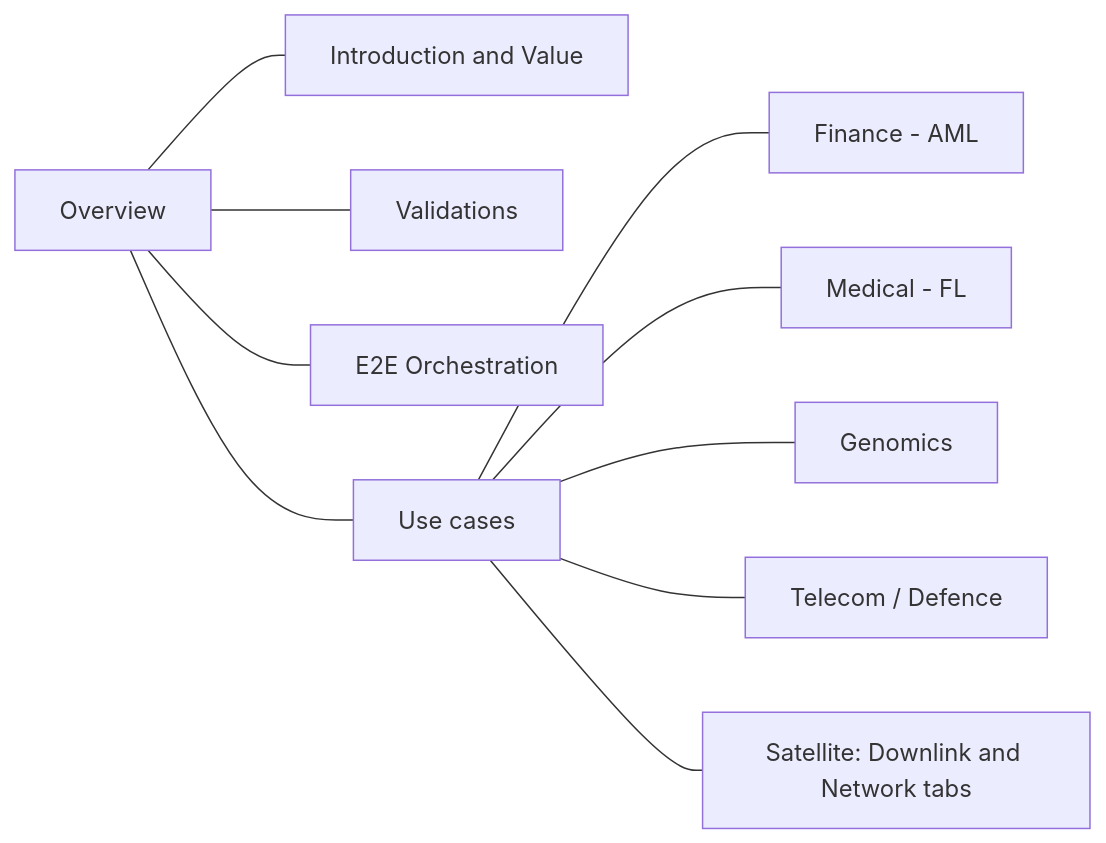
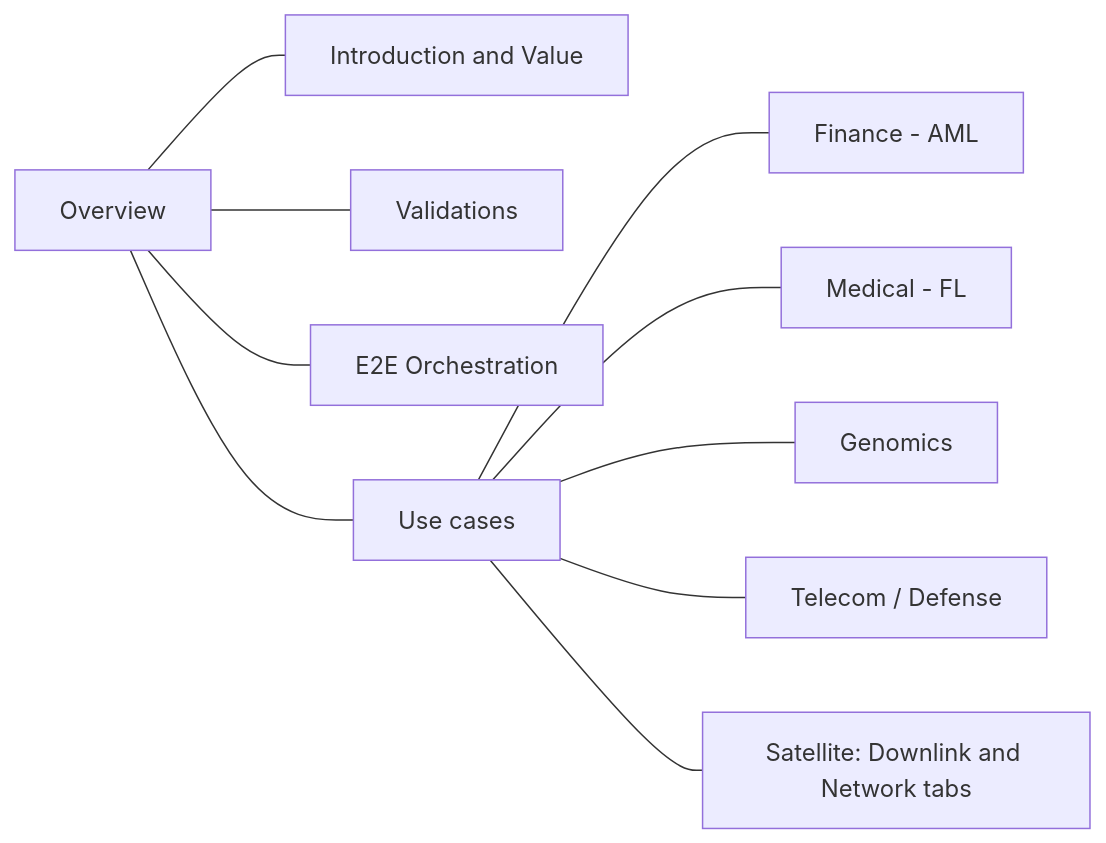
Before and after one commit to Quantum-Daemons/QSMPC-QKD-QHE-AI-Hybrid: the ninth of 11 diagrams in README.md, drawn with Mermaid. The commit also changed other lines of this file and 1 other file, not shown here.

Commit message:
The threat model says WebLLM's configuration and tokenizer load unchecked too, and README spells the telecom page as the page does
clientAI.ts sets an integrity hash for the model library only, though web-llm 0.2.87 can also check
the configuration and each tokenizer file; README called the page "Telecom / Defence".

````diff
--- a/README.md
+++ b/README.md
@@ -321,12 +321,12 @@
 ```mermaid
 flowchart LR
   O["Overview"] --- V["Introduction and Value"]
   O --- VA["Validations"]
   O --- E["E2E Orchestration"]
   O --- U["Use cases"]
   U --- F["Finance - AML"]
   U --- M["Medical - FL"]
   U --- G["Genomics"]
-  U --- T["Telecom / Defence"]
+  U --- T["Telecom / Defense"]
   U --- ST["Satellite: Downlink and Network tabs"]
 ```
````
